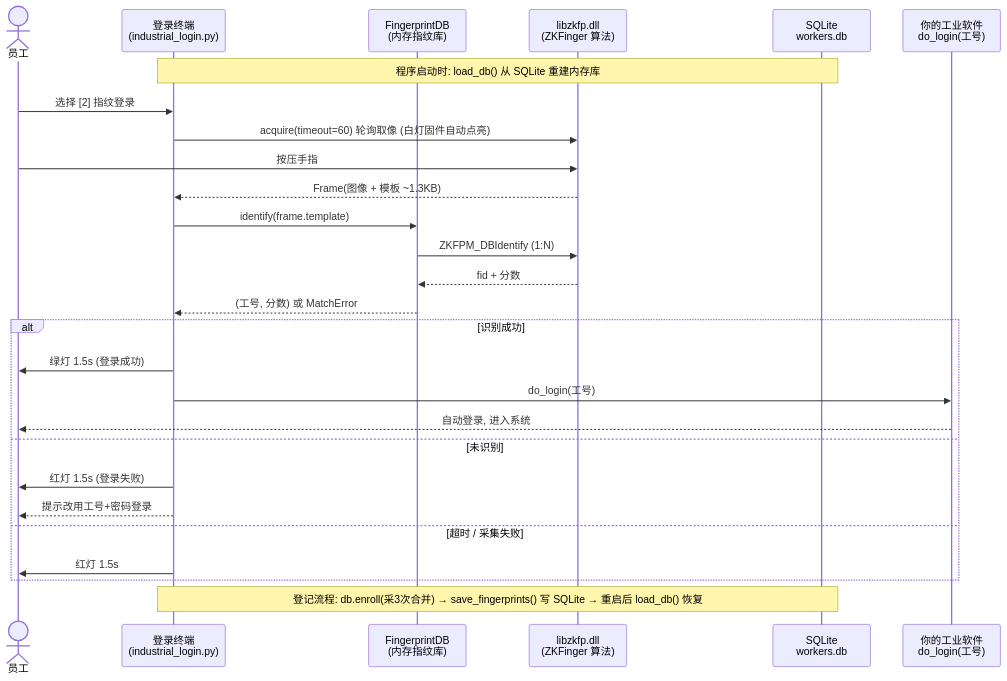
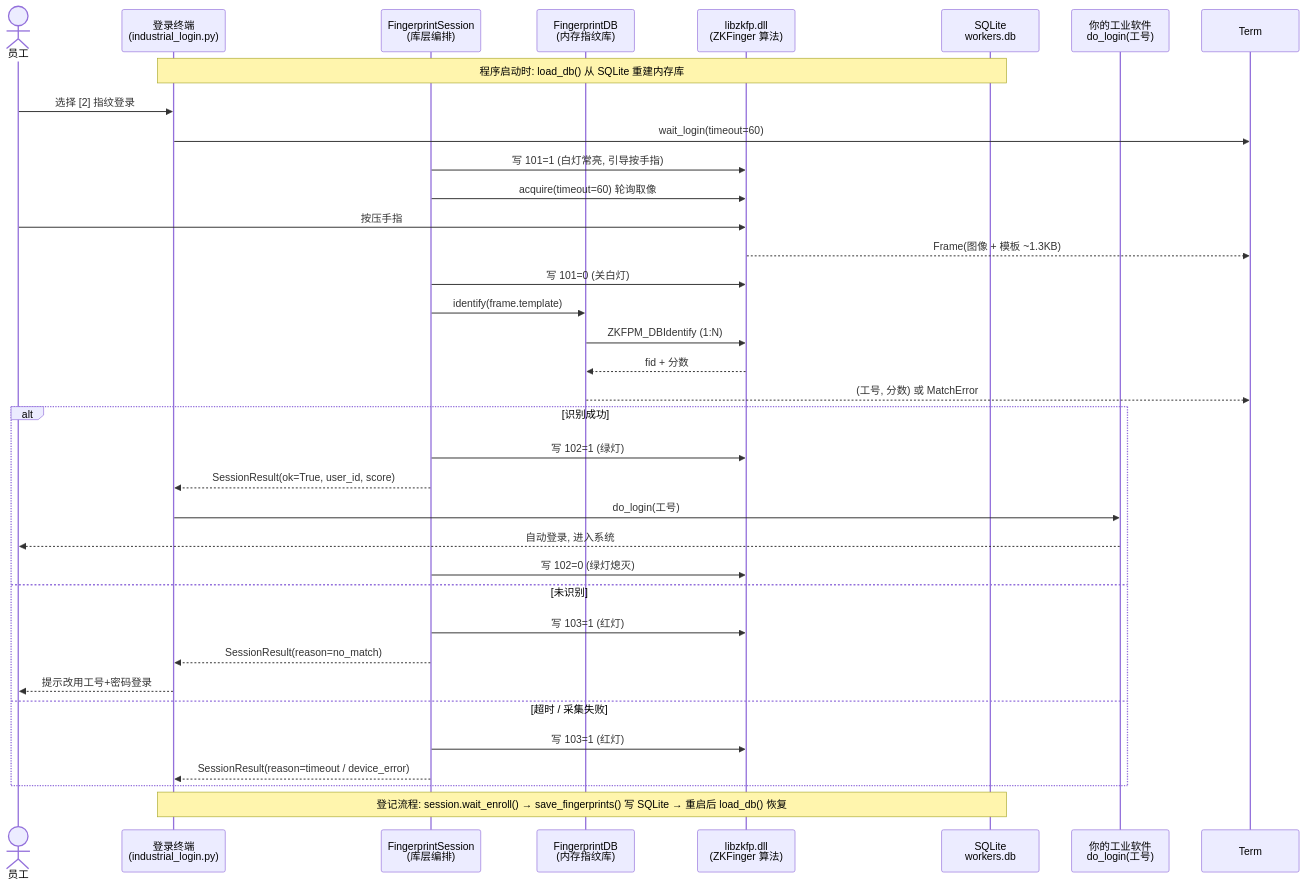
Before and after one commit to yunluo/pyzk20r: the second of 2 diagrams in README.md, drawn with Mermaid. The commit also changed other lines of this file and 9 other files, not shown here.

Commit message:
feat: 新增会话层 FingerprintSession — 采集/验证/灯效 一体化编排

````diff
--- a/README.md
+++ b/README.md
@@ -195,32 +239,40 @@
 ```mermaid
 sequenceDiagram
     actor W as 员工
     participant App as 登录终端<br/>(industrial_login.py)
+    participant Sess as FingerprintSession<br/>(库层编排)
     participant DB as FingerprintDB<br/>(内存指纹库)
     participant SDK as libzkfp.dll<br/>(ZKFinger 算法)
     participant Store as SQLite<br/>workers.db
     participant MES as 你的工业软件<br/>do_login(工号)
 
     Note over App,Store: 程序启动时: load_db() 从 SQLite 重建内存库
     W->>App: 选择 [2] 指纹登录
-    App->>SDK: acquire(timeout=60) 轮询取像 (白灯固件自动点亮)
+    App->>Term: wait_login(timeout=60)
+    Sess->>SDK: 写 101=1 (白灯常亮, 引导按手指)
+    Sess->>SDK: acquire(timeout=60) 轮询取像
     W->>SDK: 按压手指
-    SDK-->>App: Frame(图像 + 模板 ~1.3KB)
-    App->>DB: identify(frame.template)
+    SDK-->>Term: Frame(图像 + 模板 ~1.3KB)
+    Sess->>SDK: 写 101=0 (关白灯)
+    Sess->>DB: identify(frame.template)
     DB->>SDK: ZKFPM_DBIdentify (1:N)
     SDK-->>DB: fid + 分数
-    DB-->>App: (工号, 分数) 或 MatchError
+    DB-->>Term: (工号, 分数) 或 MatchError
 
     alt 识别成功
-        App->>W: 绿灯 1.5s (登录成功)
+        Sess->>SDK: 写 102=1 (绿灯)
+        Sess-->>App: SessionResult(ok=True, user_id, score)
         App->>MES: do_login(工号)
         MES-->>W: 自动登录, 进入系统
+        Sess->>SDK: 写 102=0 (绿灯熄灭)
     else 未识别
-        App->>W: 红灯 1.5s (登录失败)
+        Sess->>SDK: 写 103=1 (红灯)
+        Sess-->>App: SessionResult(reason=no_match)
         App-->>W: 提示改用工号+密码登录
     else 超时 / 采集失败
-        App->>W: 红灯 1.5s
+        Sess->>SDK: 写 103=1 (红灯)
+        Sess-->>App: SessionResult(reason=timeout / device_error)
     end
 
-    Note over App,Store: 登记流程: db.enroll(采3次合并) → save_fingerprints() 写 SQLite → 重启后 load_db() 恢复
+    Note over App,Store: 登记流程: session.wait_enroll() → save_fingerprints() 写 SQLite → 重启后 load_db() 恢复
 ```
````
